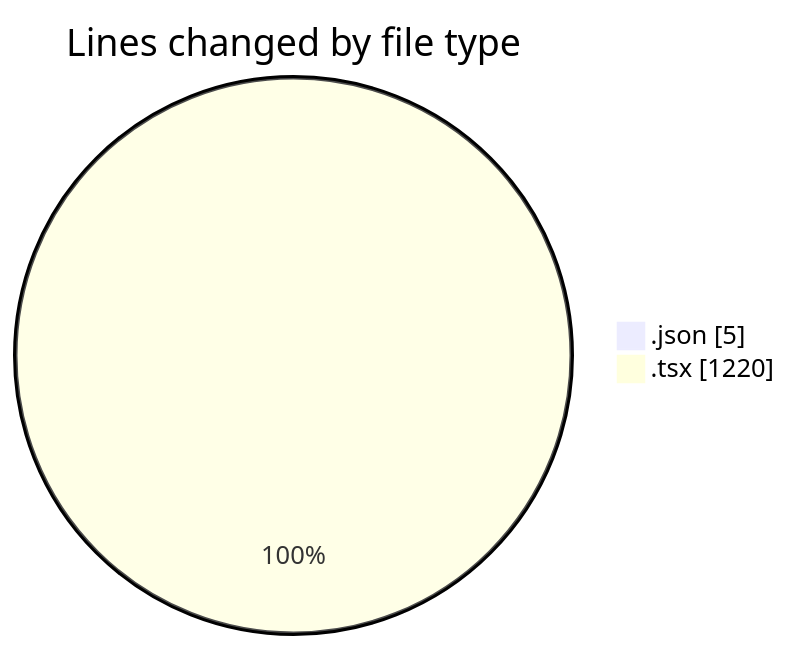
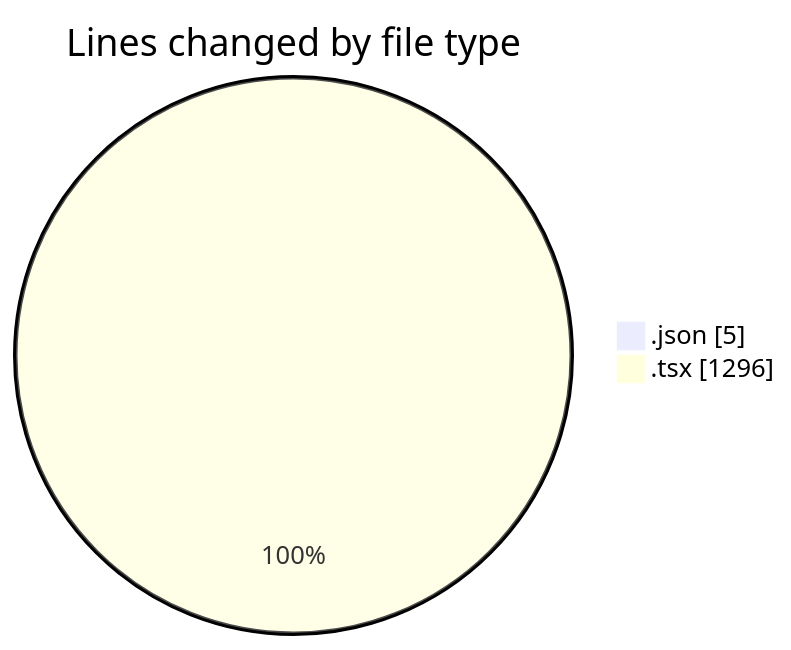
One commit to Elitesun/code-tracking changed the first of 2 diagrams in 2025-04-26/product-page/README.md. Above: the diagram before and after it, drawn with Mermaid. The commit also changed other lines of this file and 1 other file, not shown here.

````diff
--- a/2025-04-26/product-page/README.md
+++ b/2025-04-26/product-page/README.md
@@ -33,6 +33,6 @@
 ```mermaid
 pie showData
 title Lines changed by file type
 ".json" : 5
-".tsx" : 1220
+".tsx" : 1296
 ```
````
